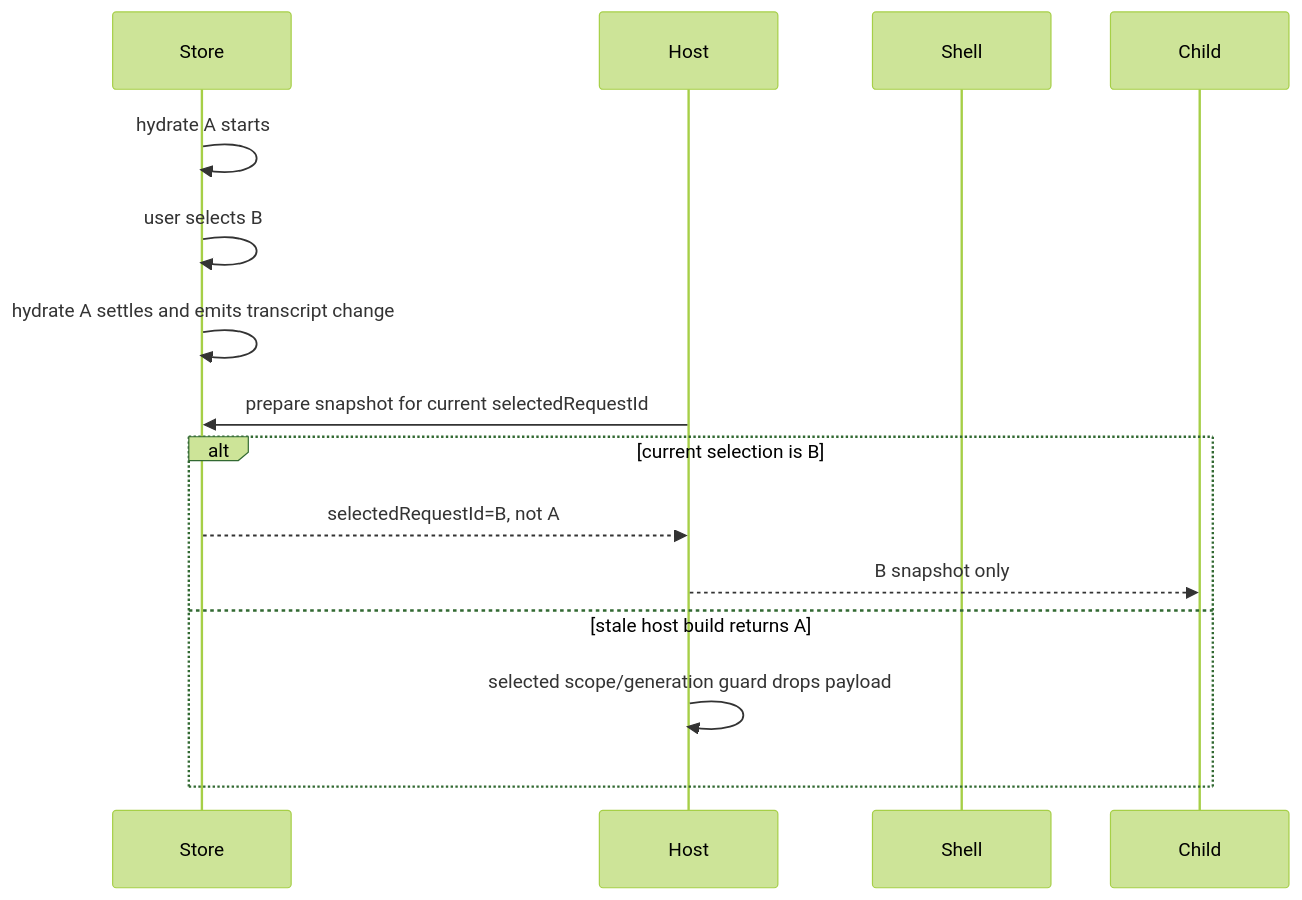
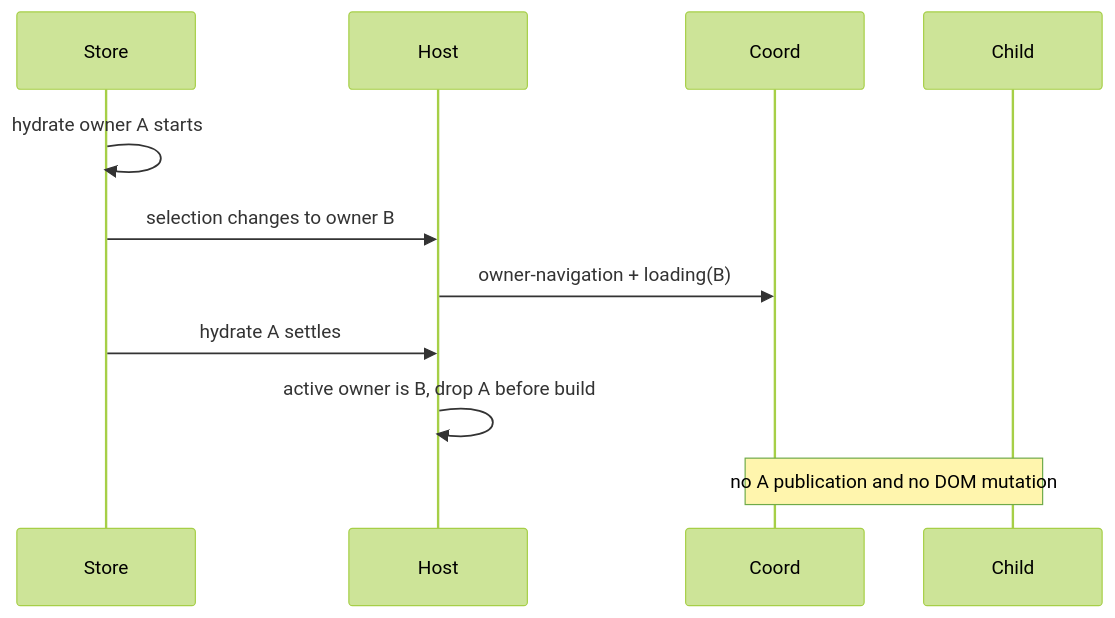
One commit to leike0813/zotero-agents changed the second of 2 diagrams in doc/acp-skills-transcript-selection-hydration-sequence.md. Above: the diagram before and after it, drawn with Mermaid (forest theme). The commit also changed other lines of this file and 62 other files, not shown here.

````diff
--- a/doc/acp-skills-transcript-selection-hydration-sequence.md
+++ b/doc/acp-skills-transcript-selection-hydration-sequence.md
@@ -437,18 +150,14 @@
 ```mermaid
 sequenceDiagram
   participant Store
   participant Host
-  participant Shell
+  participant Coord
   participant Child
 
-  Store->>Store: hydrate A starts
-  Store->>Store: user selects B
-  Store->>Store: hydrate A settles and emits transcript change
-  Host->>Store: prepare snapshot for current selectedRequestId
-  alt current selection is B
-    Store-->>Host: selectedRequestId=B, not A
-    Host-->>Child: B snapshot only
-  else stale host build returns A
-    Host->>Host: selected scope/generation guard drops payload
-  end
+  Store->>Store: hydrate owner A starts
+  Store->>Host: selection changes to owner B
+  Host->>Coord: owner-navigation + loading(B)
+  Store->>Host: hydrate A settles
+  Host->>Host: active owner is B, drop A before build
+  Note over Coord,Child: no A publication and no DOM mutation
 ```
````
